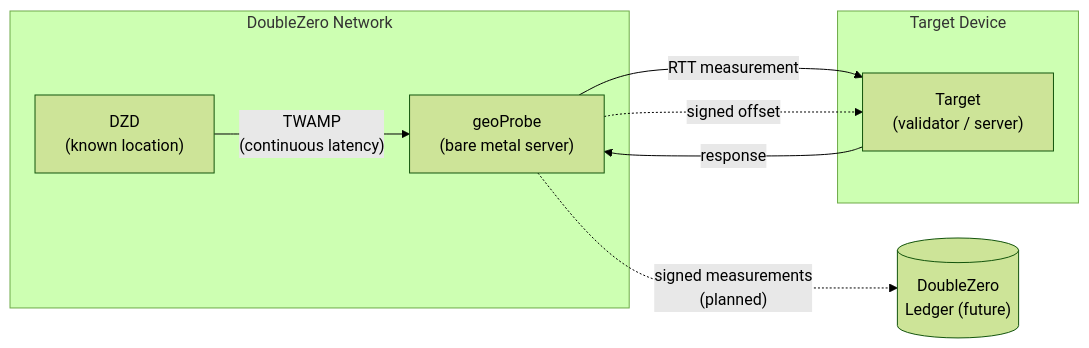
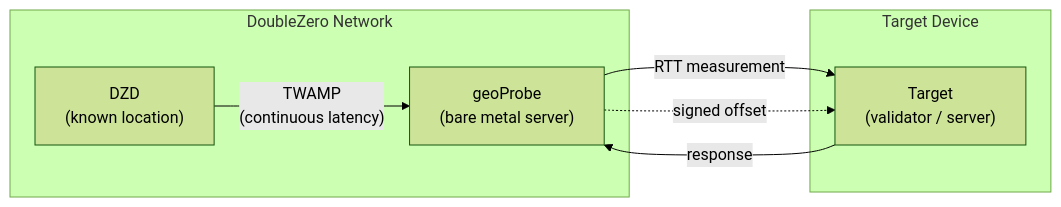
The first of 3 diagrams in docs/geolocation.md (malbeclabs/docs), drawn with Mermaid (forest theme) before and after one commit.

Commit message:
docs: remove Ledger node from geolocation diagram (#165)
Remove the DoubleZero Ledger from the first mermaid diagram since
onchain recording is not yet implemented. The prose already notes
it is planned for a future release.

````diff
--- a/docs/geolocation.md
+++ b/docs/geolocation.md
@@ -11,19 +11,16 @@
 ```mermaid
 flowchart LR
      subgraph DZ["DoubleZero Network"]
          DZD["DZD\n(known location)"]
          Probe["geoProbe\n(bare metal server)"]
          DZD -- "TWAMP\n(continuous latency)" --> Probe
      end
 
      subgraph Target["Target Device"]
          T["Target\n(validator / server)"]
      end
 
      Probe -- "RTT measurement" --> T
      T -- "response" --> Probe
      Probe -. "signed offset" .-> T
-
-     Ledger[("DoubleZero\nLedger (future)")]
-     Probe -. "signed measurements\n(planned)" .-> Ledger
 ```
````
